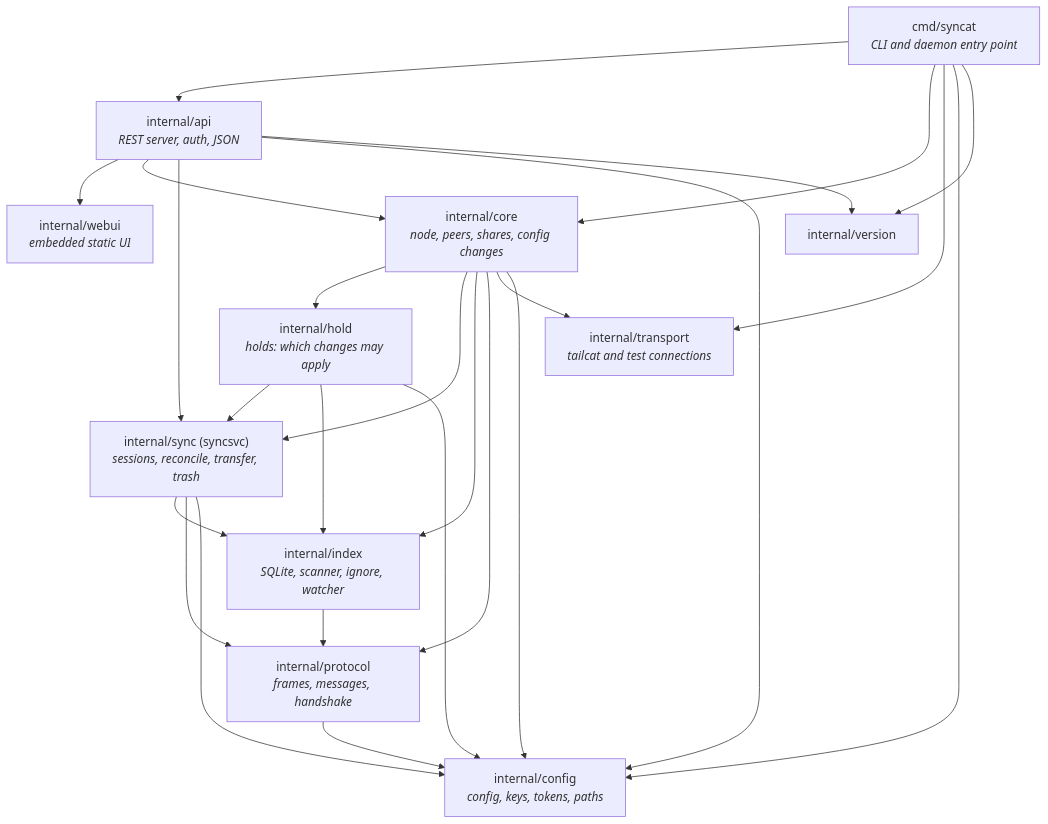
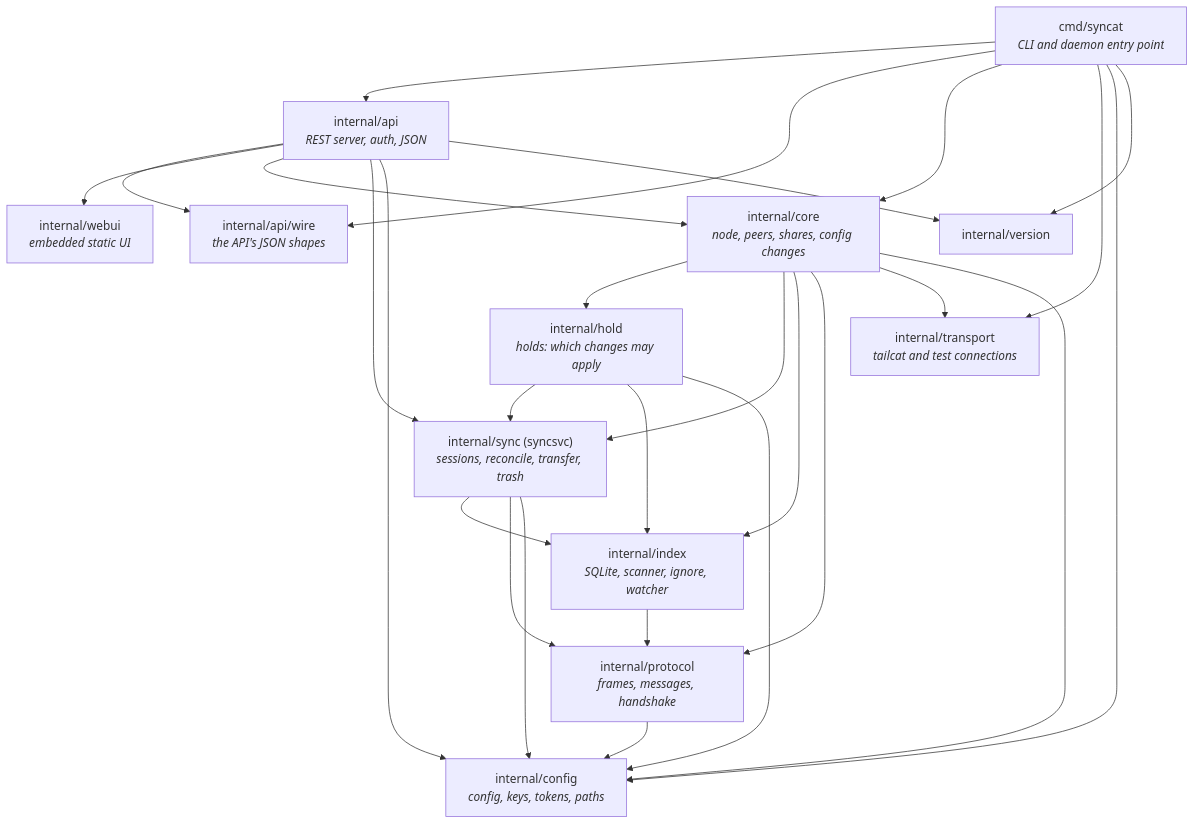
The second of 14 diagrams in ARCHITECTURE.md (nickmarrone/syncat), drawn with Mermaid before and after one commit. The commit also changed other lines of this file and 15 other files, not shown here.

````diff
--- a/ARCHITECTURE.md
+++ b/ARCHITECTURE.md
@@ -72,39 +72,42 @@
 ```mermaid
 flowchart TD
     cmd["cmd/syncat<br/><i>CLI and daemon entry point</i>"]
     api["internal/api<br/><i>REST server, auth, JSON</i>"]
+    wire["internal/api/wire<br/><i>the API's JSON shapes</i>"]
     webui["internal/webui<br/><i>embedded static UI</i>"]
     core["internal/core<br/><i>node, peers, shares, config changes</i>"]
     sync["internal/sync (syncsvc)<br/><i>sessions, reconcile, transfer, trash</i>"]
     hold["internal/hold<br/><i>holds: which changes may apply</i>"]
     index["internal/index<br/><i>SQLite, scanner, ignore, watcher</i>"]
     protocol["internal/protocol<br/><i>frames, messages, handshake</i>"]
     transport["internal/transport<br/><i>tailcat and test connections</i>"]
     config["internal/config<br/><i>config, keys, tokens, paths</i>"]
     version["internal/version"]
 
     cmd --> api
+    cmd --> wire
     cmd --> core
     cmd --> transport
     cmd --> config
     cmd --> version
+    api --> wire
     api --> webui
     api --> core
     api --> sync
     api --> config
     api --> version
     core --> hold
     core --> sync
     core --> index
     core --> protocol
     core --> transport
     core --> config
     hold --> sync
     hold --> index
     hold --> config
     sync --> index
     sync --> protocol
     sync --> config
     index --> protocol
     protocol --> config
 ```
````
